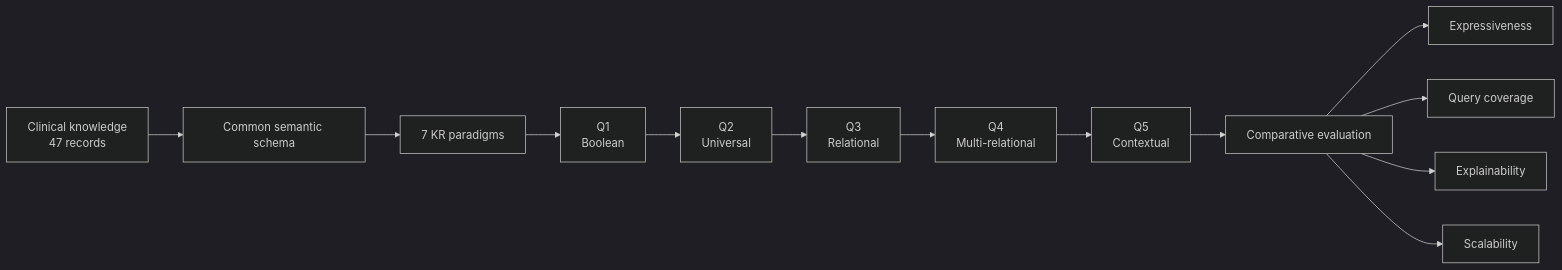
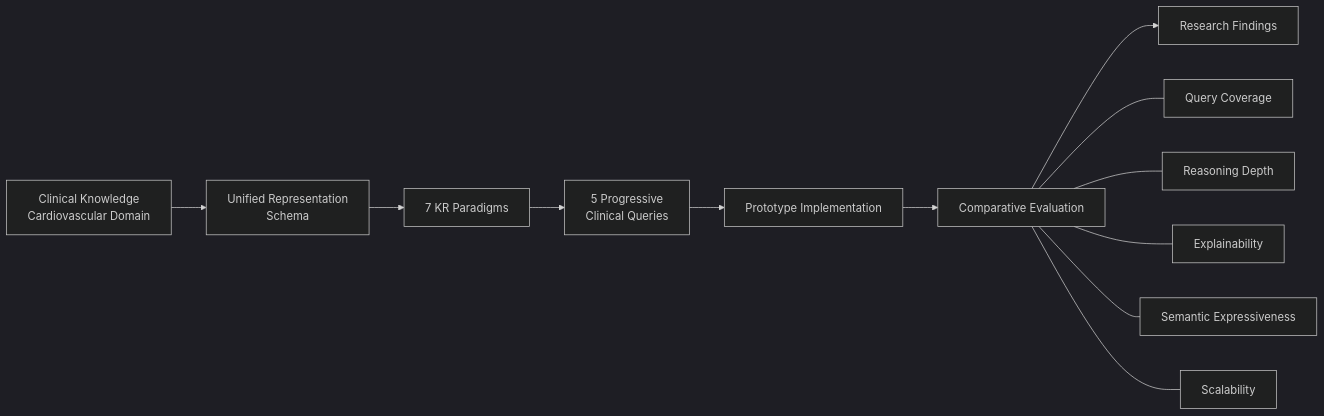
The diagram in README.md (PUJAMINODTHAKRE/healthcare-kb-representation-evaluation), drawn with Mermaid (dark theme) before and after one commit. The commit also changed other lines of this file, not shown here.

````diff
--- a/README.md
+++ b/README.md
@@ -47,15 +62,23 @@
 ```mermaid
 flowchart LR
-    A[Clinical knowledge<br/>47 records] --> B[Common semantic schema]
-    B --> C[7 KR paradigms]
-    C --> D[Q1<br/>Boolean]
-    D --> E[Q2<br/>Universal]
-    E --> F[Q3<br/>Relational]
-    F --> G[Q4<br/>Multi-relational]
-    G --> H[Q5<br/>Contextual]
-    H --> I[Comparative evaluation]
-    I --> J[Expressiveness]
-    I --> K[Query coverage]
-    I --> L[Explainability]
-    I --> M[Scalability]
+    A["Clinical Knowledge<br/>Cardiovascular Domain"]
+    B["Unified Representation<br/>Schema"]
+    C["7 KR Paradigms"]
+    D["5 Progressive<br/>Clinical Queries"]
+    E["Prototype Implementation"]
+    F["Comparative Evaluation"]
+    G["Research Findings"]
+
+    A --> B
+    B --> C
+    C --> D
+    D --> E
+    E --> F
+    F --> G
+
+    F --- H["Query Coverage"]
+    F --- I["Reasoning Depth"]
+    F --- J["Explainability"]
+    F --- K["Semantic Expressiveness"]
+    F --- L["Scalability"]
 ```
````
